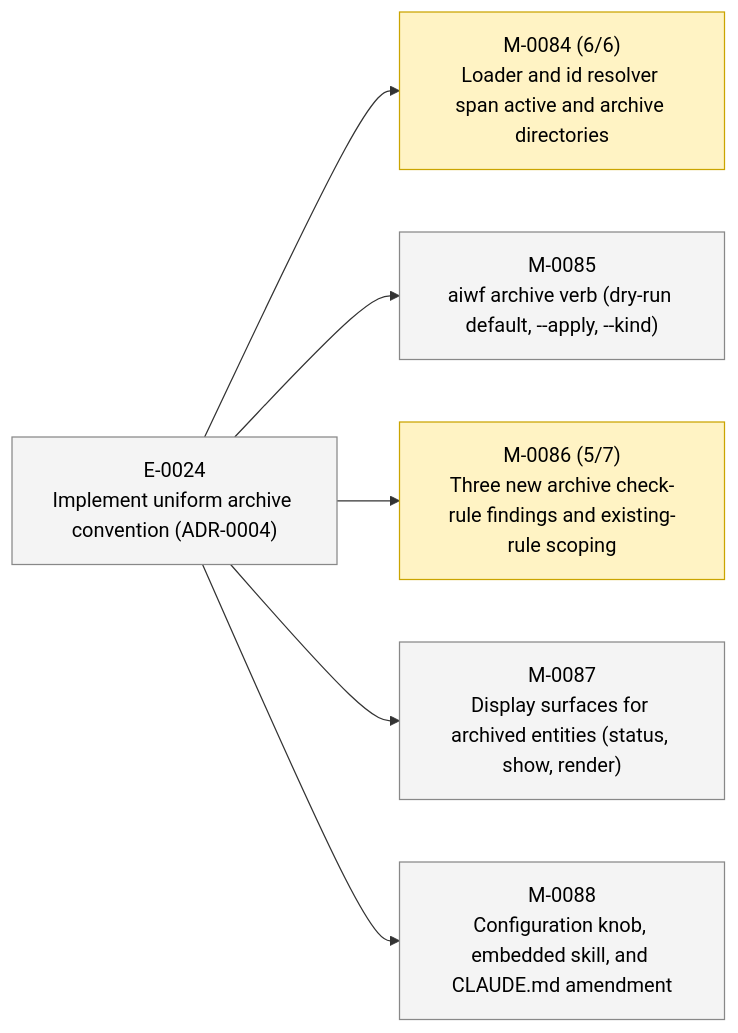
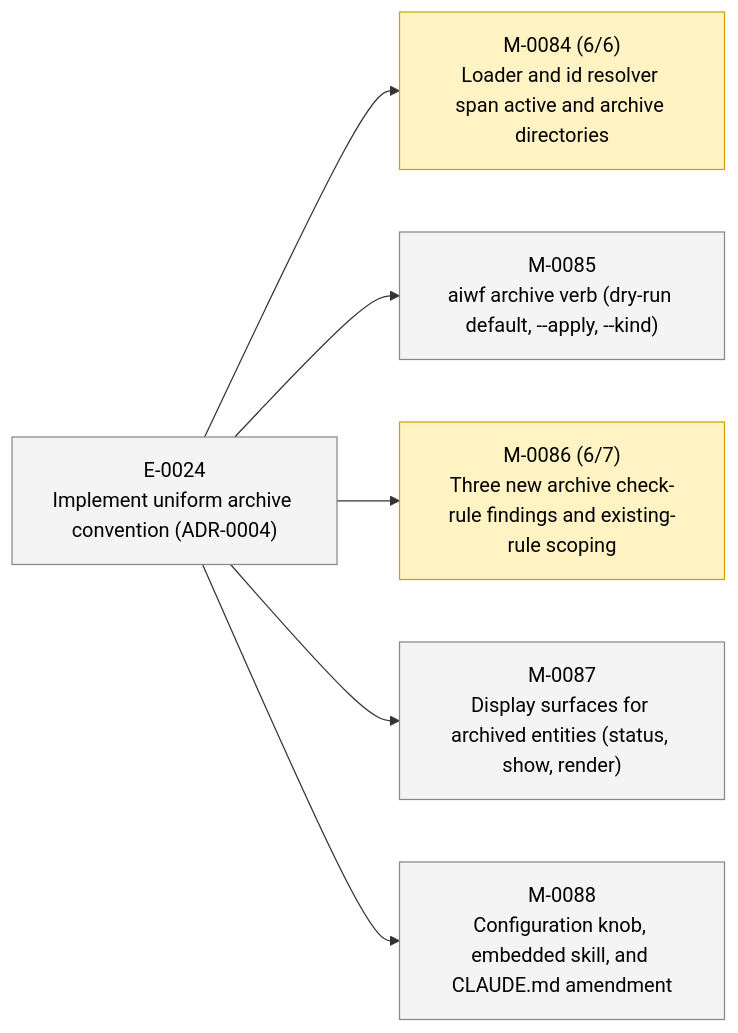
Before and after one commit to 23min/aiwf: the second of 2 diagrams in STATUS.md, drawn with Mermaid. The commit also changed other lines of this file and 1 other file, not shown here.

````diff
--- a/STATUS.md
+++ b/STATUS.md
@@ -49,20 +49,20 @@
 ```mermaid
 flowchart LR
   E_0024["E-0024<br/>Implement uniform archive convention (ADR-0004)"]:::epic_proposed
   M_0084["M-0084 (6/6)<br/>Loader and id resolver span active and archive directories"]:::ms_in_progress
   E_0024 --> M_0084
   M_0085["M-0085<br/>aiwf archive verb (dry-run default, --apply, --kind)"]:::ms_draft
   E_0024 --> M_0085
-  M_0086["M-0086 (5/7)<br/>Three new archive check-rule findings and existing-rule scoping"]:::ms_in_progress
+  M_0086["M-0086 (6/7)<br/>Three new archive check-rule findings and existing-rule scoping"]:::ms_in_progress
   E_0024 --> M_0086
   M_0087["M-0087<br/>Display surfaces for archived entities (status, show, render)"]:::ms_draft
   E_0024 --> M_0087
   M_0088["M-0088<br/>Configuration knob, embedded skill, and CLAUDE.md amendment"]:::ms_draft
   E_0024 --> M_0088
   classDef epic_active fill:#d6eaff,stroke:#1a73e8,color:#000
   classDef epic_proposed fill:#f4f4f4,stroke:#888,color:#000
   classDef ms_done fill:#d8f5d8,stroke:#2a8a2a,color:#000
   classDef ms_in_progress fill:#fff3c4,stroke:#caa400,color:#000
   classDef ms_draft fill:#f4f4f4,stroke:#888,color:#000
   classDef ms_cancelled fill:#fbeaea,stroke:#c33,color:#000
 ```
````
